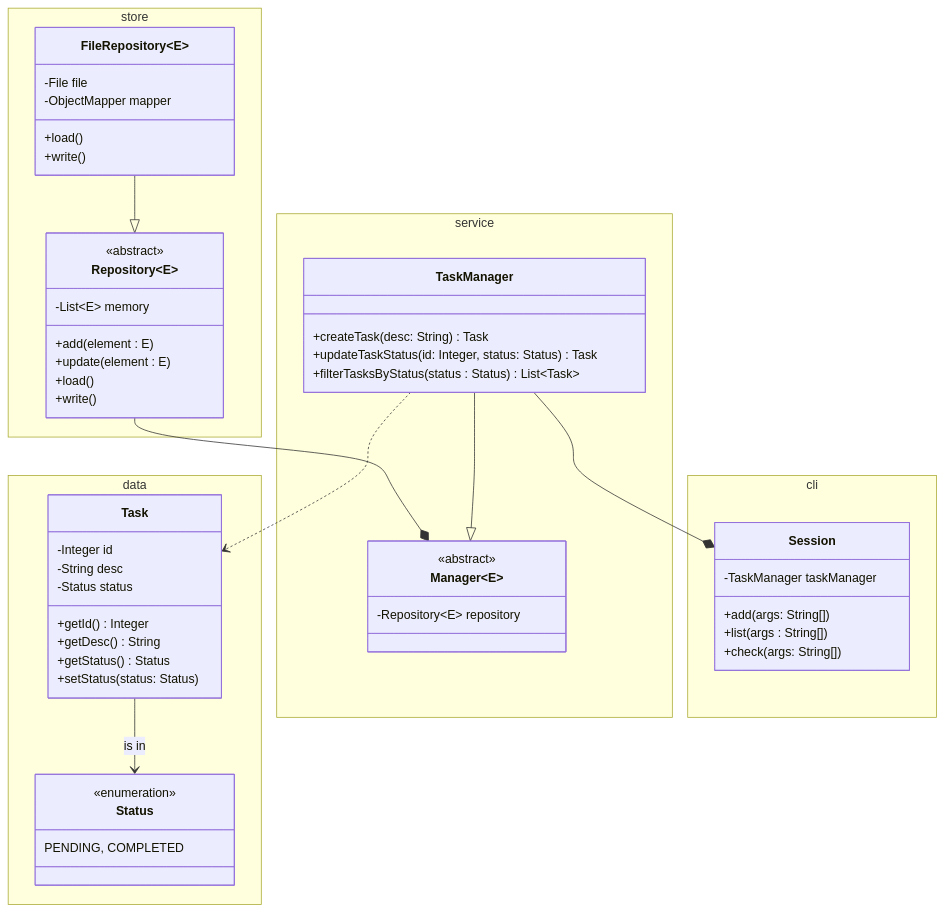
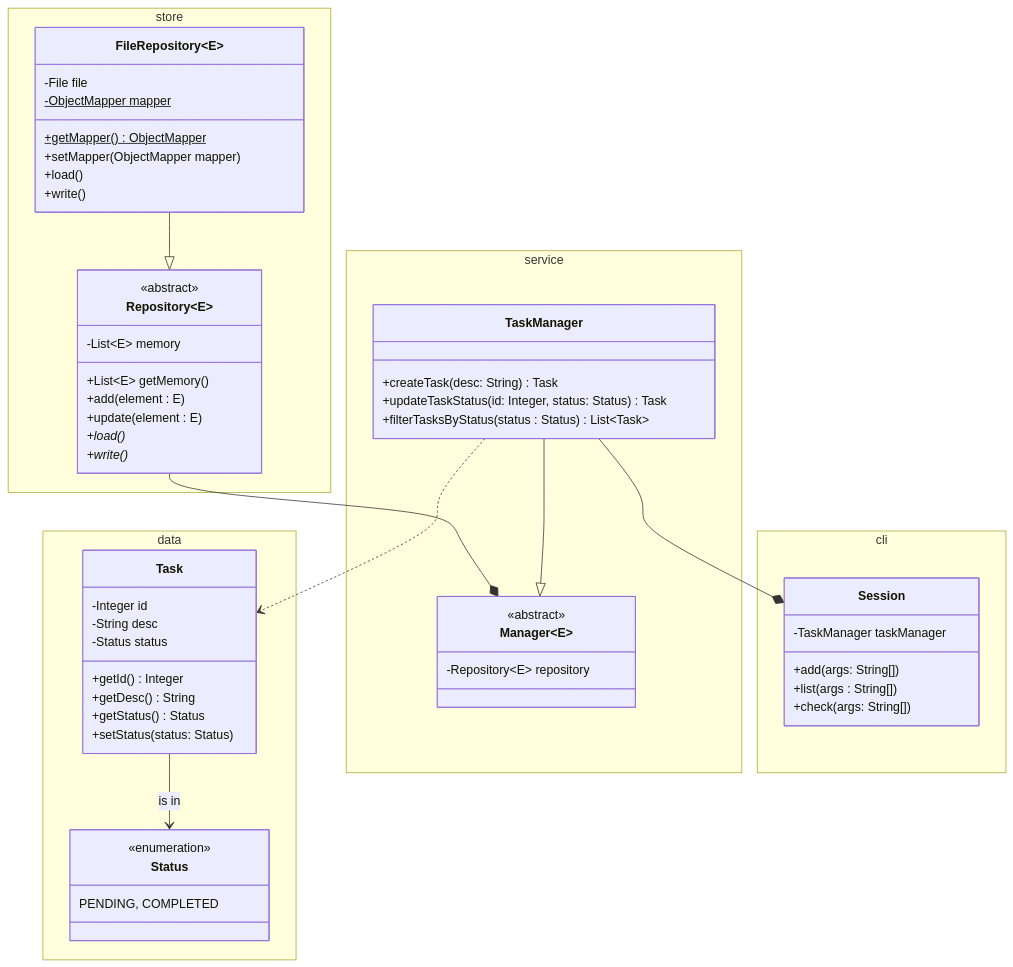
Before and after one commit to black-dial/white-noise: the diagram in README.md, drawn with Mermaid.

````diff
--- a/README.md
+++ b/README.md
@@ -3,59 +3,62 @@
 ```mermaid
 classDiagram
     namespace data {
         class Task {
             -Integer id
             -String desc
             -Status status
             +getId() Integer
             +getDesc() String
             +getStatus() Status
             +setStatus(status: Status)
         }
         class Status {
             <<enumeration>>
             PENDING, COMPLETED
         }
     }
     namespace store {
         class Repository~E~ {
             <<abstract>>
             -List~E~ memory
+            +List~E~ getMemory()
             +add(element : E)
             +update(element : E)
-            +load()
-            +write()
+            +load()*
+            +write()*
         }
         class FileRepository~E~ {
             -File file
-            -ObjectMapper mapper
+            -ObjectMapper mapper$
+            +getMapper()$ ObjectMapper
+            +setMapper(ObjectMapper mapper)
             +load()
             +write()
         }
     }
     namespace service {
         class Manager~E~ {
             <<abstract>>
             -Repository~E~ repository
         }
         class TaskManager {
             +createTask(desc: String) Task
             +updateTaskStatus(id: Integer, status: Status) Task
             +filterTasksByStatus(status : Status) List~Task~
         }
     }
     namespace cli {
         class Session {
             -TaskManager taskManager
             +add(args: String[])
             +list(args : String[])
             +check(args: String[])
         }
     }
     Task --> Status : is in
     FileRepository --|> Repository
     Repository --* Manager
     TaskManager --|> Manager
     TaskManager ..> Task
     TaskManager --* Session
 ```
````
